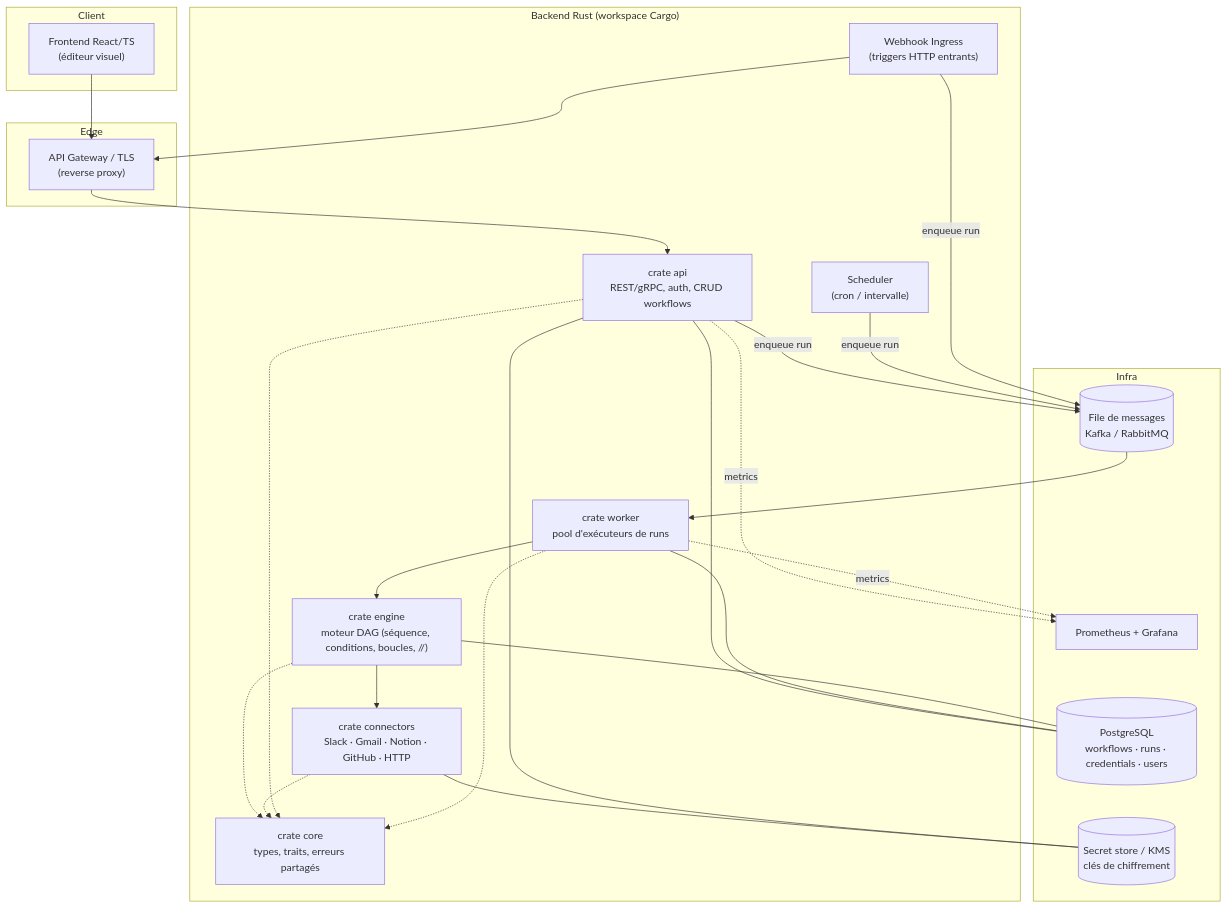
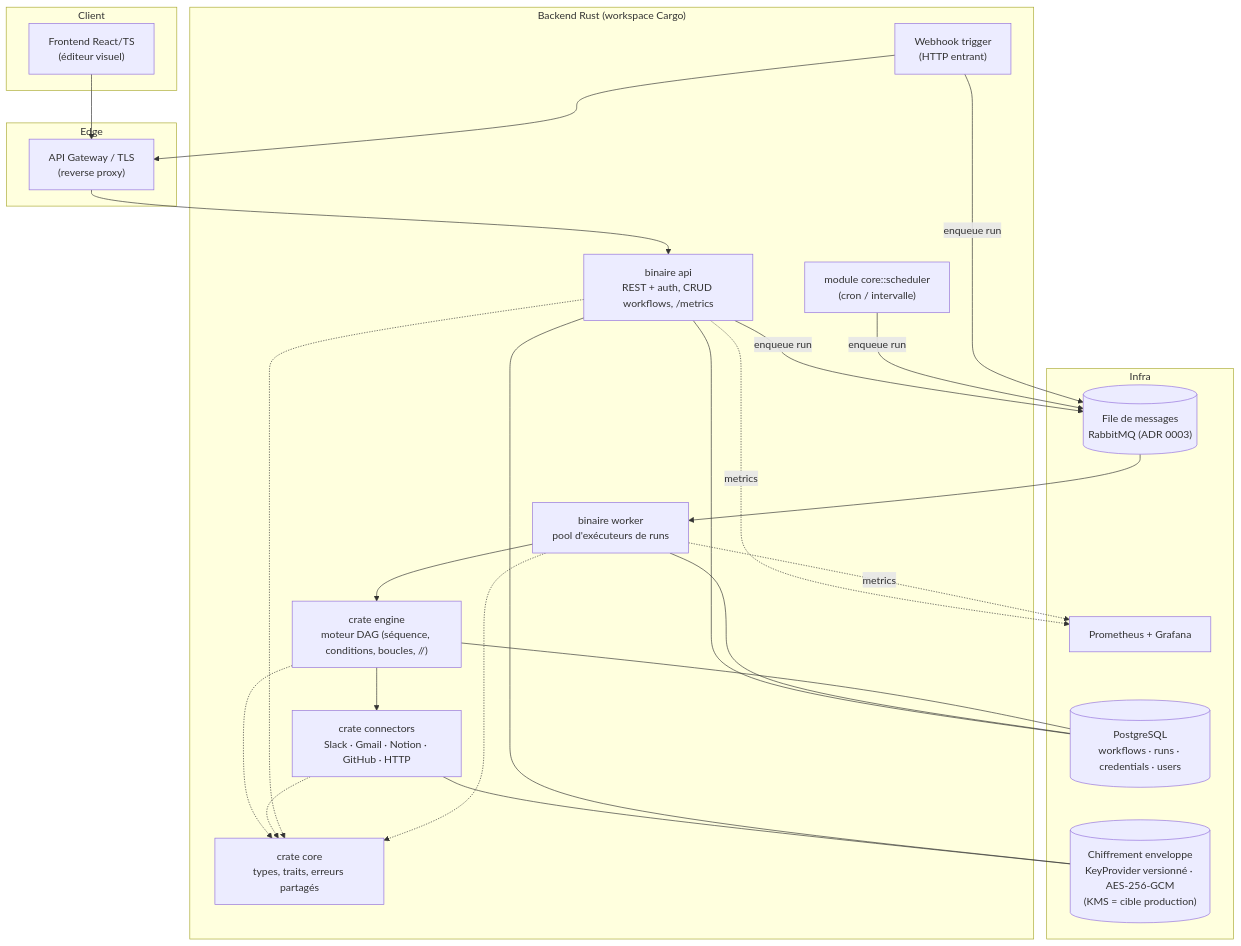
The first of 5 diagrams in docs/ARCHITECTURE.md (TheDarkMac/autome), drawn with Mermaid before and after one commit. The commit also changed other lines of this file, not shown here.

Commit message:
docs(architecture): maj as-built — ADR, RabbitMQ, déploiement réel, dette [F11.3]

````diff
--- a/docs/ARCHITECTURE.md
+++ b/docs/ARCHITECTURE.md
@@ -38,46 +44,46 @@
 ```mermaid
 flowchart TB
   subgraph Client
     UI["Frontend React/TS<br/>(éditeur visuel)"]
   end
 
   subgraph Edge
     GW["API Gateway / TLS<br/>(reverse proxy)"]
   end
 
   subgraph Backend["Backend Rust (workspace Cargo)"]
-    API["crate api<br/>REST/gRPC, auth, CRUD workflows"]
-    SCHED["Scheduler<br/>(cron / intervalle)"]
-    WHK["Webhook Ingress<br/>(triggers HTTP entrants)"]
-    WK["crate worker<br/>pool d'exécuteurs de runs"]
+    API["binaire api<br/>REST + auth, CRUD workflows, /metrics"]
+    SCHED["module core::scheduler<br/>(cron / intervalle)"]
+    WHK["Webhook trigger<br/>(HTTP entrant)"]
+    WK["binaire worker<br/>pool d'exécuteurs de runs"]
     ENG["crate engine<br/>moteur DAG (séquence, conditions, boucles, //)"]
     CONN["crate connectors<br/>Slack · Gmail · Notion · GitHub · HTTP"]
     CORE["crate core<br/>types, traits, erreurs partagés"]
   end
 
   subgraph Infra
-    Q[("File de messages<br/>Kafka / RabbitMQ")]
+    Q[("File de messages<br/>RabbitMQ (ADR 0003)")]
     DB[("PostgreSQL<br/>workflows · runs · credentials · users")]
-    SEC[("Secret store / KMS<br/>clés de chiffrement")]
+    SEC[("Chiffrement enveloppe<br/>KeyProvider versionné · AES-256-GCM<br/>(KMS = cible production)")]
     OBS["Prometheus + Grafana"]
   end
 
   UI --> GW --> API
   WHK --> GW
   API -->|enqueue run| Q
   SCHED -->|enqueue run| Q
   WHK -->|enqueue run| Q
   Q --> WK
   WK --> ENG
   ENG --> CONN
   API --- DB
   WK --- DB
   ENG --- DB
   CONN --- SEC
   API --- SEC
   API & WK -.metrics.-> OBS
   ENG -.-> CORE
   CONN -.-> CORE
   API -.-> CORE
   WK -.-> CORE
 ```
````
